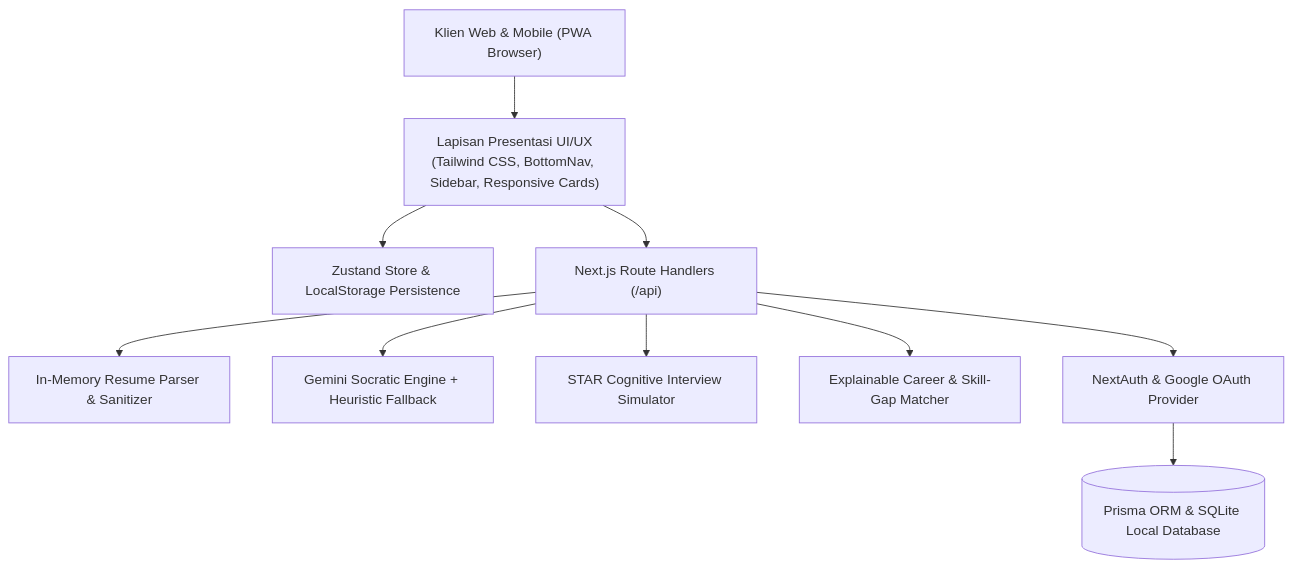
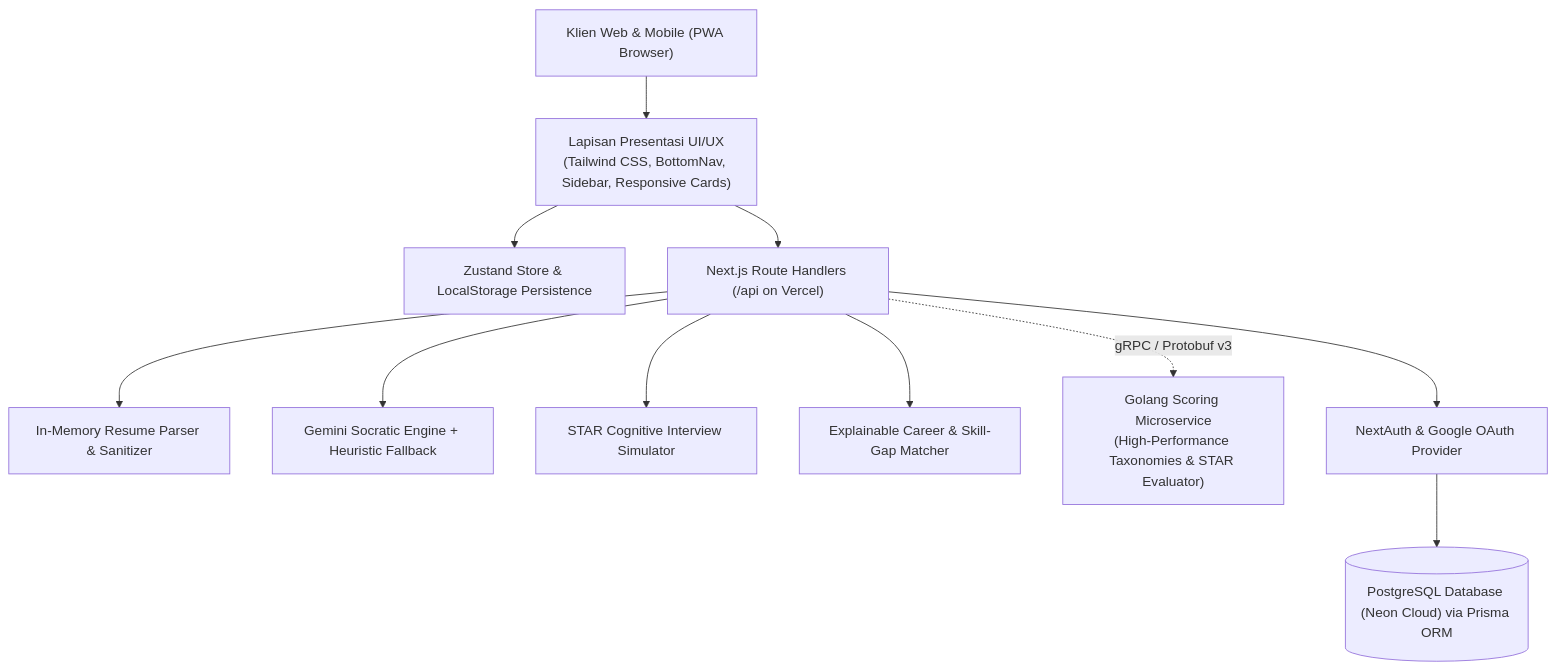
Before and after one commit to rikiardiansyah-web/CareerStudentAI: the second of 3 diagrams in PROPOSAL.md, drawn with Mermaid. The commit also changed other lines of this file and 2 other files, not shown here.

Commit message:
docs: synchronize PROPOSAL, TechSpec, and Schema with Golang gRPC, PostgreSQL, and Vercel cloud deployment

````diff
--- a/PROPOSAL.md
+++ b/PROPOSAL.md
@@ -131,14 +132,16 @@
 ```mermaid
 graph TD
     Client["Klien Web & Mobile (PWA Browser)"] --> UI["Lapisan Presentasi UI/UX\n(Tailwind CSS, BottomNav, Sidebar, Responsive Cards)"]
     UI --> Store["Zustand Store & LocalStorage Persistence"]
     
-    UI --> NextAPI["Next.js Route Handlers (/api)"]
+    UI --> NextAPI["Next.js Route Handlers (/api on Vercel)"]
     NextAPI --> ParserEngine["In-Memory Resume Parser & Sanitizer"]
     NextAPI --> SocraticEngine["Gemini Socratic Engine + Heuristic Fallback"]
     NextAPI --> InterviewEngine["STAR Cognitive Interview Simulator"]
     NextAPI --> MatcherEngine["Explainable Career & Skill-Gap Matcher"]
     
+    NextAPI -.->|gRPC / Protobuf v3| GoService["Golang Scoring Microservice\n(High-Performance Taxonomies & STAR Evaluator)"]
+    
     NextAPI --> NextAuth["NextAuth & Google OAuth Provider"]
-    NextAuth --> PrismaDB[("Prisma ORM & SQLite Local Database")]
+    NextAuth --> CloudDB[("PostgreSQL Database (Neon Cloud) via Prisma ORM")]
 ```
````
